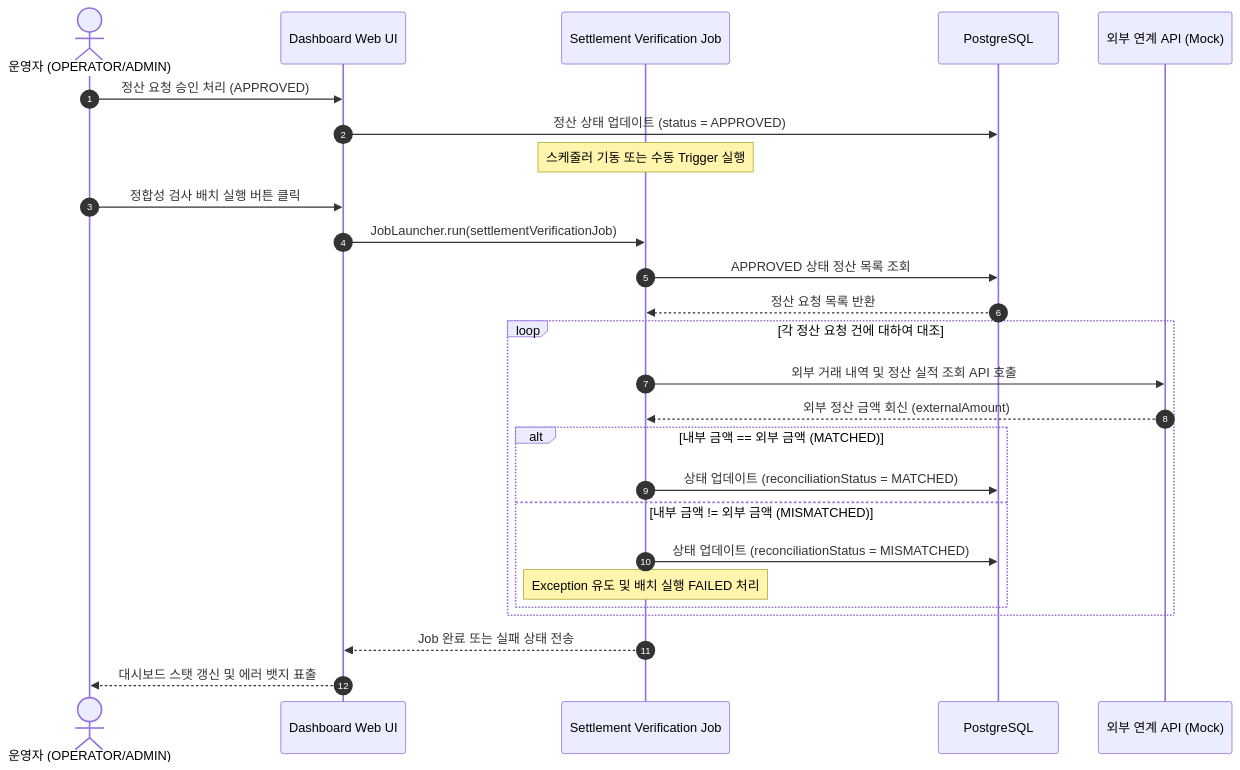
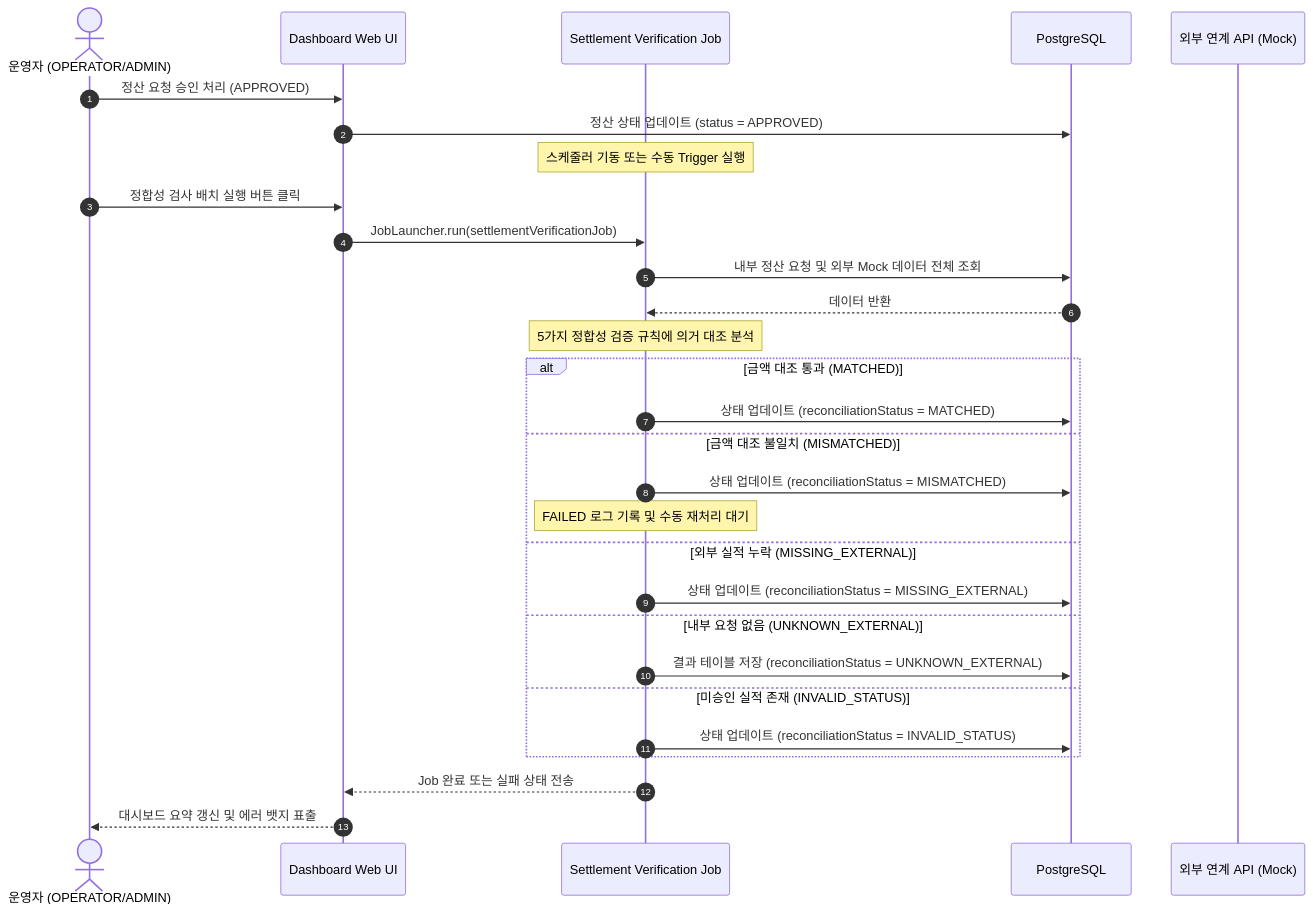
The second of 3 diagrams in docs/architecture.md (yun-dev-cmd/bizflow-ops-platform), drawn with Mermaid before and after one commit. The commit also changed other lines of this file and 3 other files, not shown here.

````diff
--- a/docs/architecture.md
+++ b/docs/architecture.md
@@ -73,34 +73,37 @@
 ```mermaid
 sequenceDiagram
     autonumber
     actor Operator as 운영자 (OPERATOR/ADMIN)
     participant UI as Dashboard Web UI
     participant Batch as Settlement Verification Job
     participant DB as PostgreSQL
     participant ExtAPI as 외부 연계 API (Mock)
 
     Operator->>UI: 정산 요청 승인 처리 (APPROVED)
     UI->>DB: 정산 상태 업데이트 (status = APPROVED)
     
     Note over Batch: 스케줄러 기동 또는 수동 Trigger 실행
     Operator->>UI: 정합성 검사 배치 실행 버튼 클릭
     UI->>Batch: JobLauncher.run(settlementVerificationJob)
     
-    Batch->>DB: APPROVED 상태 정산 목록 조회
-    DB-->>Batch: 정산 요청 목록 반환
+    Batch->>DB: 내부 정산 요청 및 외부 Mock 데이터 전체 조회
+    DB-->>Batch: 데이터 반환
     
-    loop 각 정산 요청 건에 대하여 대조
-        Batch->>ExtAPI: 외부 거래 내역 및 정산 실적 조회 API 호출
-        ExtAPI-->>Batch: 외부 정산 금액 회신 (externalAmount)
-        
-        alt 내부 금액 == 외부 금액 (MATCHED)
-            Batch->>DB: 상태 업데이트 (reconciliationStatus = MATCHED)
-        else 내부 금액 != 외부 금액 (MISMATCHED)
-            Batch->>DB: 상태 업데이트 (reconciliationStatus = MISMATCHED)
-            Note over Batch: Exception 유도 및 배치 실행 FAILED 처리
-        end
+    Note over Batch: 5가지 정합성 검증 규칙에 의거 대조 분석
+    
+    alt 금액 대조 통과 (MATCHED)
+        Batch->>DB: 상태 업데이트 (reconciliationStatus = MATCHED)
+    else 금액 대조 불일치 (MISMATCHED)
+        Batch->>DB: 상태 업데이트 (reconciliationStatus = MISMATCHED)
+        Note over Batch: FAILED 로그 기록 및 수동 재처리 대기
+    else 외부 실적 누락 (MISSING_EXTERNAL)
+        Batch->>DB: 상태 업데이트 (reconciliationStatus = MISSING_EXTERNAL)
+    else 내부 요청 없음 (UNKNOWN_EXTERNAL)
+        Batch->>DB: 결과 테이블 저장 (reconciliationStatus = UNKNOWN_EXTERNAL)
+    else 미승인 실적 존재 (INVALID_STATUS)
+        Batch->>DB: 상태 업데이트 (reconciliationStatus = INVALID_STATUS)
     end
     
     Batch-->>UI: Job 완료 또는 실패 상태 전송
-    UI-->>Operator: 대시보드 스탯 갱신 및 에러 뱃지 표출
+    UI-->>Operator: 대시보드 요약 갱신 및 에러 뱃지 표출
 ```
````
